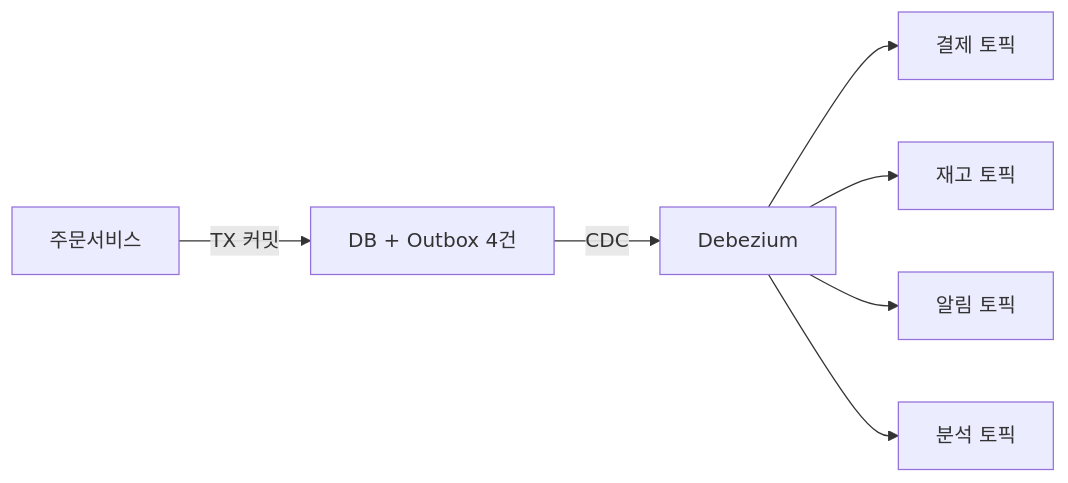
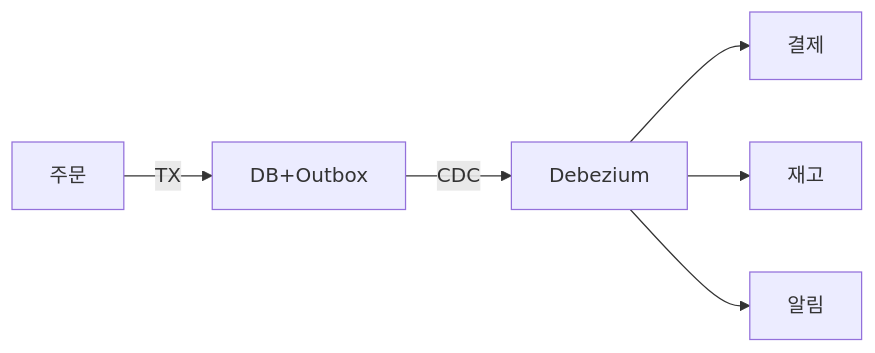
One commit to yjkim2015/yjkim2015.github.io changed the fourth of 12 diagrams in _posts/kafka/2026-05-03-kafka-practical-patterns.md. Above: the diagram before and after it, drawn with Mermaid. The commit also changed other lines of this file and 2 other files, not shown here.

First line of the commit message:
Mermaid CSS 원복(제한 없음) + Kafka 다이어그램 내용 축소

````diff
--- a/_posts/kafka/2026-05-03-kafka-practical-patterns.md
+++ b/_posts/kafka/2026-05-03-kafka-practical-patterns.md
@@ -103,9 +97,6 @@
 ```mermaid
 graph LR
-    Svc["주문서비스"] -->|"TX 커밋"| DB["DB + Outbox 4건"]
-    DB -->|"CDC"| D["Debezium"]
-    D --> T1["결제 토픽"]
-    D --> T2["재고 토픽"]
-    D --> T3["알림 토픽"]
-    D --> T4["분석 토픽"]
+    S["주문"] -->|TX| DB["DB+Outbox"]
+    DB -->|CDC| D["Debezium"]
+    D --> A["결제"] & B["재고"] & C["알림"]
 ```
````
